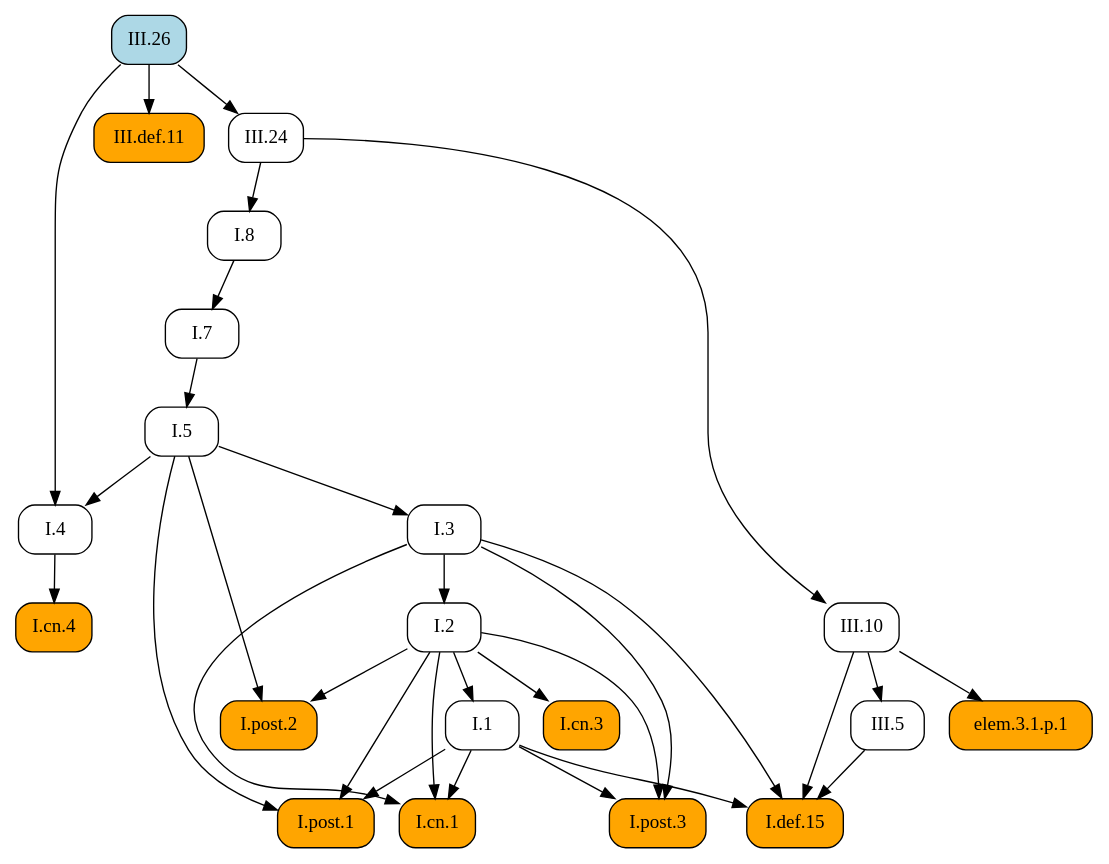
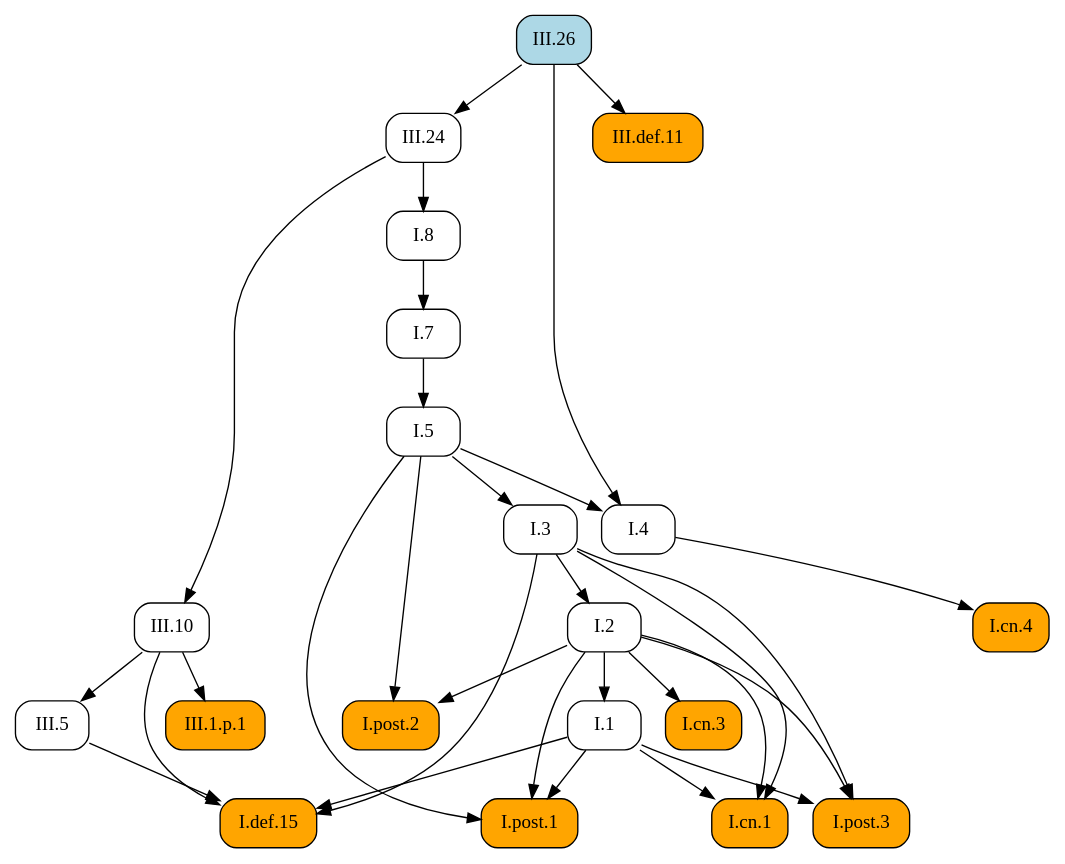
One commit to geometor/elements changed the diagram in docsrc/heath/III/26/index.rst. Above: the diagram before and after it, drawn with Graphviz. The commit also changed 484 other files, not shown here.

```diff
--- a/docsrc/heath/III/26/index.rst
+++ b/docsrc/heath/III/26/index.rst
@@ -65,56 +65,56 @@
 .. graphviz::
 
    digraph {
      rankdir="TB";
      node [shape=box, style=rounded];
+     "I.cn.1" [style="rounded,filled", fillcolor=orange, URL="/heath/I/cn.1/", target="_top"];
+     "I.7" [URL="/heath/I/7/", target="_top"];
+     "III.24" [URL="/heath/III/24/", target="_top"];
+     "I.2" [URL="/heath/I/2/", target="_top"];
+     "I.def.15" [style="rounded,filled", fillcolor=orange, URL="/heath/I/def.15/", target="_top"];
+     "III.26" [style="rounded,filled", fillcolor=lightblue, URL="/heath/III/26/", target="_top"];
+     "I.4" [URL="/heath/I/4/", target="_top"];
      "I.1" [URL="/heath/I/1/", target="_top"];
-     "I.7" [URL="/heath/I/7/", target="_top"];
+     "III.def.11" [style="rounded,filled", fillcolor=orange, URL="/heath/III/def.11/", target="_top"];
+     "I.post.1" [style="rounded,filled", fillcolor=orange, URL="/heath/I/post.1/", target="_top"];
+     "I.post.3" [style="rounded,filled", fillcolor=orange, URL="/heath/I/post.3/", target="_top"];
+     "I.5" [URL="/heath/I/5/", target="_top"];
+     "I.8" [URL="/heath/I/8/", target="_top"];
+     "I.cn.3" [style="rounded,filled", fillcolor=orange, URL="/heath/I/cn.3/", target="_top"];
+     "III.10" [URL="/heath/III/10/", target="_top"];
+     "III.1.p.1" [style="rounded,filled", fillcolor=orange];
+     "I.cn.4" [style="rounded,filled", fillcolor=orange, URL="/heath/I/cn.4/", target="_top"];
+     "I.post.2" [style="rounded,filled", fillcolor=orange, URL="/heath/I/post.2/", target="_top"];
      "I.3" [URL="/heath/I/3/", target="_top"];
-     "III.26" [style="rounded,filled", fillcolor=lightblue, URL="/heath/III/26/", target="_top"];
-     "I.2" [URL="/heath/I/2/", target="_top"];
-     "I.4" [URL="/heath/I/4/", target="_top"];
-     "elem.3.1.p.1" [style="rounded,filled", fillcolor=orange];
-     "I.post.2" [style="rounded,filled", fillcolor=orange, URL="/heath/I/post.2/", target="_top"];
-     "III.def.11" [style="rounded,filled", fillcolor=orange, URL="/heath/III/def.11/", target="_top"];
-     "I.def.15" [style="rounded,filled", fillcolor=orange, URL="/heath/I/def.15/", target="_top"];
-     "III.10" [URL="/heath/III/10/", target="_top"];
-     "I.post.3" [style="rounded,filled", fillcolor=orange, URL="/heath/I/post.3/", target="_top"];
-     "I.cn.1" [style="rounded,filled", fillcolor=orange, URL="/heath/I/cn.1/", target="_top"];
-     "I.cn.3" [style="rounded,filled", fillcolor=orange, URL="/heath/I/cn.3/", target="_top"];
-     "I.8" [URL="/heath/I/8/", target="_top"];
-     "I.cn.4" [style="rounded,filled", fillcolor=orange, URL="/heath/I/cn.4/", target="_top"];
-     "I.post.1" [style="rounded,filled", fillcolor=orange, URL="/heath/I/post.1/", target="_top"];
-     "III.24" [URL="/heath/III/24/", target="_top"];
-     "I.5" [URL="/heath/I/5/", target="_top"];
      "III.5" [URL="/heath/III/5/", target="_top"];
-     "I.2" -> "I.1";
+     "I.1" -> "I.cn.1";
+     "I.2" -> "I.cn.1";
+     "I.3" -> "I.cn.1";
      "I.8" -> "I.7";
-     "I.5" -> "I.3";
+     "III.26" -> "III.24";
      "I.3" -> "I.2";
-     "I.5" -> "I.4";
-     "III.26" -> "I.4";
-     "III.10" -> "elem.3.1.p.1";
-     "I.2" -> "I.post.2";
-     "I.5" -> "I.post.2";
-     "III.26" -> "III.def.11";
      "I.1" -> "I.def.15";
      "I.3" -> "I.def.15";
      "III.5" -> "I.def.15";
      "III.10" -> "I.def.15";
-     "III.24" -> "III.10";
+     "I.5" -> "I.4";
+     "III.26" -> "I.4";
+     "I.2" -> "I.1";
+     "III.26" -> "III.def.11";
+     "I.1" -> "I.post.1";
+     "I.2" -> "I.post.1";
+     "I.5" -> "I.post.1";
      "I.1" -> "I.post.3";
      "I.2" -> "I.post.3";
      "I.3" -> "I.post.3";
-     "I.1" -> "I.cn.1";
-     "I.2" -> "I.cn.1";
-     "I.3" -> "I.cn.1";
+     "I.7" -> "I.5";
+     "III.24" -> "I.8";
      "I.2" -> "I.cn.3";
-     "III.24" -> "I.8";
+     "III.24" -> "III.10";
+     "III.10" -> "III.1.p.1";
      "I.4" -> "I.cn.4";
-     "I.1" -> "I.post.1";
-     "I.2" -> "I.post.1";
-     "I.5" -> "I.post.1";
-     "III.26" -> "III.24";
-     "I.7" -> "I.5";
+     "I.2" -> "I.post.2";
+     "I.5" -> "I.post.2";
+     "I.5" -> "I.3";
      "III.10" -> "III.5";
    }
```
